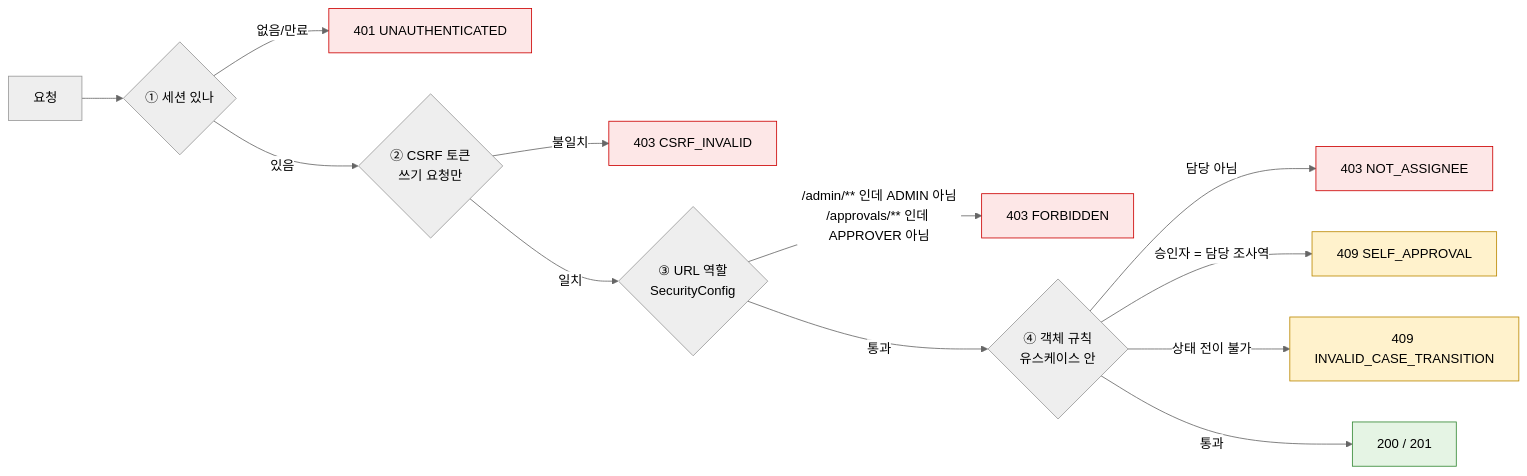
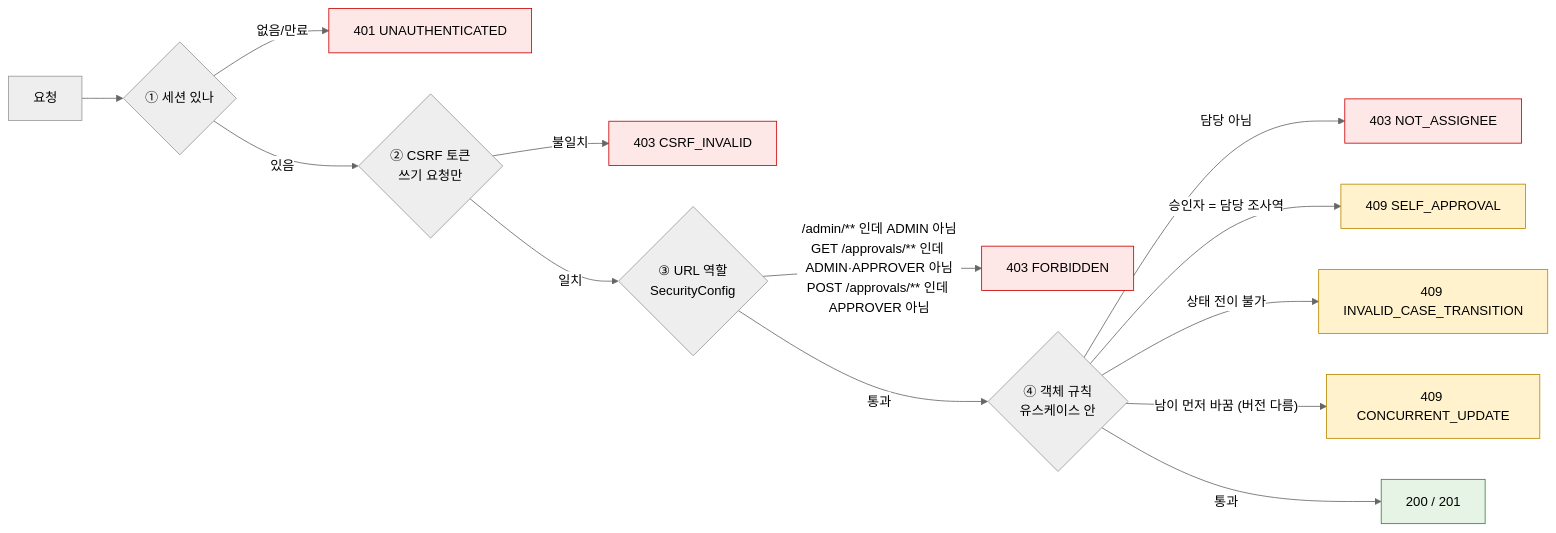
One commit to dajaba-team/dajaba-backend changed the second of 3 diagrams in docs/flows/05_login_auth.md. Above: the diagram before and after it, drawn with Mermaid (neutral theme). The commit also changed other lines of this file and 3 other files, not shown here.

Commit message:
📝 docs: flows/02·05·04_auth_user를 10/30 결정에 맞춤 (미결 8·11·17, 서식 안건 4) (#11)

````diff
--- a/docs/flows/05_login_auth.md
+++ b/docs/flows/05_login_auth.md
@@ -53,22 +53,24 @@
 ```mermaid
 flowchart LR
-    R[요청] --> A{① 세션 있나}
+    R[요청] --> A{"① 세션 있나"}
     A -- 없음/만료 --> E401[401 UNAUTHENTICATED]
-    A -- 있음 --> B{② CSRF 토큰<br/>쓰기 요청만}
+    A -- 있음 --> B{"② CSRF 토큰<br/>쓰기 요청만"}
     B -- 불일치 --> E403c[403 CSRF_INVALID]
-    B -- 일치 --> C{③ URL 역할<br/>SecurityConfig}
-    C -- "/admin/** 인데 ADMIN 아님<br/>/approvals/** 인데 APPROVER 아님" --> E403[403 FORBIDDEN]
-    C -- 통과 --> D{④ 객체 규칙<br/>유스케이스 안}
+    B -- 일치 --> C{"③ URL 역할<br/>SecurityConfig"}
+    C -- "/admin/** 인데 ADMIN 아님<br/>GET /approvals/** 인데 ADMIN·APPROVER 아님<br/>POST /approvals/** 인데 APPROVER 아님" --> E403[403 FORBIDDEN]
+    C -- 통과 --> D{"④ 객체 규칙<br/>유스케이스 안"}
     D -- "담당 아님" --> E403a[403 NOT_ASSIGNEE]
     D -- "승인자 = 담당 조사역" --> E409s[409 SELF_APPROVAL]
     D -- "상태 전이 불가" --> E409[409 INVALID_CASE_TRANSITION]
+    D -- "남이 먼저 바꿈 (버전 다름)" --> E409c[409 CONCURRENT_UPDATE]
     D -- 통과 --> OK[200 / 201]
 
     style E401 fill:#fde7e7,stroke:#c00
     style E403 fill:#fde7e7,stroke:#c00
     style E403c fill:#fde7e7,stroke:#c00
     style E403a fill:#fde7e7,stroke:#c00
     style E409 fill:#fff2cc,stroke:#b80
     style E409s fill:#fff2cc,stroke:#b80
+    style E409c fill:#fff2cc,stroke:#b80
     style OK fill:#e5f4e4,stroke:#383
 ```
````
